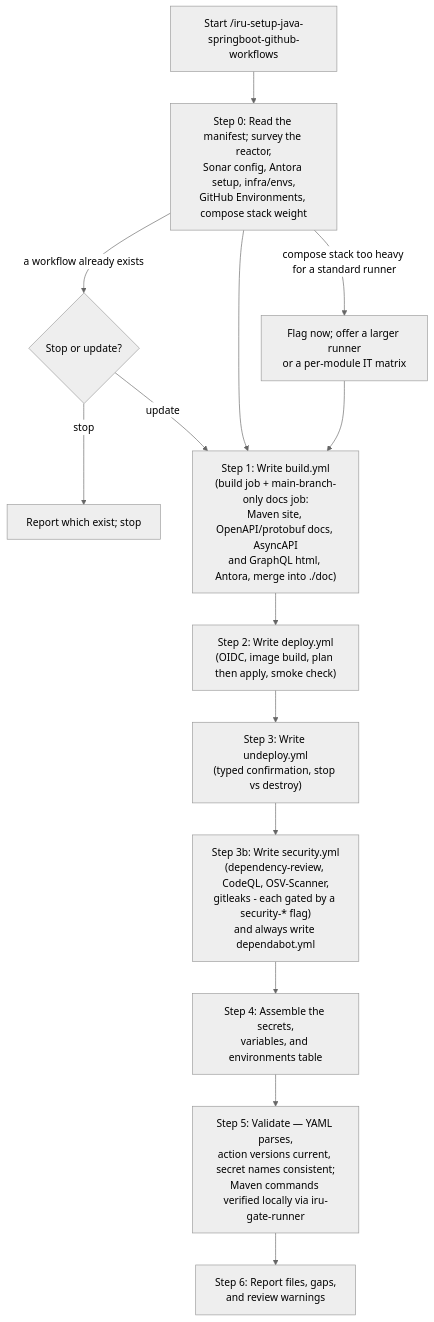
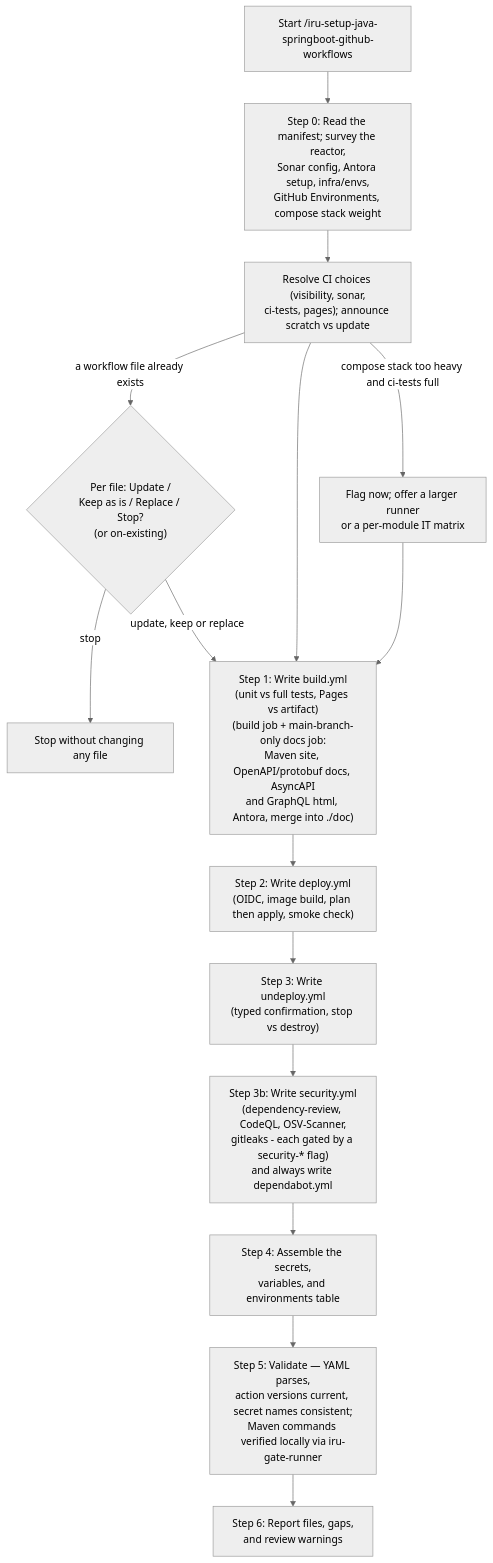
Before and after one commit to albertoirurueta/ai-catalog: the diagram in docs/modules/ROOT/pages/skills/iru-setup-java-springboot-github-workflows.adoc, drawn with Mermaid (neutral theme). The commit also changed other lines of this file and 87 other files, not shown here.

```diff
--- a/docs/modules/ROOT/pages/skills/iru-setup-java-springboot-github-workflows.adoc
+++ b/docs/modules/ROOT/pages/skills/iru-setup-java-springboot-github-workflows.adoc
@@ -163,17 +201,18 @@
 [mermaid]
 ....
 flowchart TD
     A["Start /iru-setup-java-springboot-github-workflows"] --> B["Step 0: Read the manifest; survey the reactor,\nSonar config, Antora setup, infra/envs,\nGitHub Environments, compose stack weight"]
-    B -- compose stack too heavy for a standard runner --> C["Flag now; offer a larger runner\nor a per-module IT matrix"]
-    B -- a workflow already exists --> D{"Stop or update?"}
-    D -- stop --> STOP[Report which exist; stop]
-    D -- update --> E
-    B --> E["Step 1: Write build.yml\n(build job + main-branch-only docs job:\nMaven site, OpenAPI/protobuf docs, AsyncAPI\nand GraphQL html, Antora, merge into ./doc)"]
+    B --> B2["Resolve CI choices (visibility, sonar,\nci-tests, pages); announce scratch vs update"]
+    B2 -- compose stack too heavy and ci-tests full --> C["Flag now; offer a larger runner\nor a per-module IT matrix"]
+    B2 -- a workflow file already exists --> D{"Per file: Update /\nKeep as is / Replace / Stop?\n(or on-existing)"}
+    D -- stop --> STOP[Stop without changing any file]
+    D -- update, keep or replace --> E
+    B2 --> E["Step 1: Write build.yml\n(unit vs full tests, Pages vs artifact)\n(build job + main-branch-only docs job:\nMaven site, OpenAPI/protobuf docs, AsyncAPI\nand GraphQL html, Antora, merge into ./doc)"]
     C --> E
     E --> F["Step 2: Write deploy.yml\n(OIDC, image build, plan then apply, smoke check)"]
     F --> G["Step 3: Write undeploy.yml\n(typed confirmation, stop vs destroy)"]
     G --> G2["Step 3b: Write security.yml\n(dependency-review, CodeQL, OSV-Scanner,\ngitleaks - each gated by a security-* flag)\nand always write dependabot.yml"]
     G2 --> H["Step 4: Assemble the secrets,\nvariables, and environments table"]
     H --> I["Step 5: Validate — YAML parses,\naction versions current, secret names consistent;\nMaven commands verified locally via iru-gate-runner"]
     I --> J["Step 6: Report files, gaps,\nand review warnings"]
 ....
```
